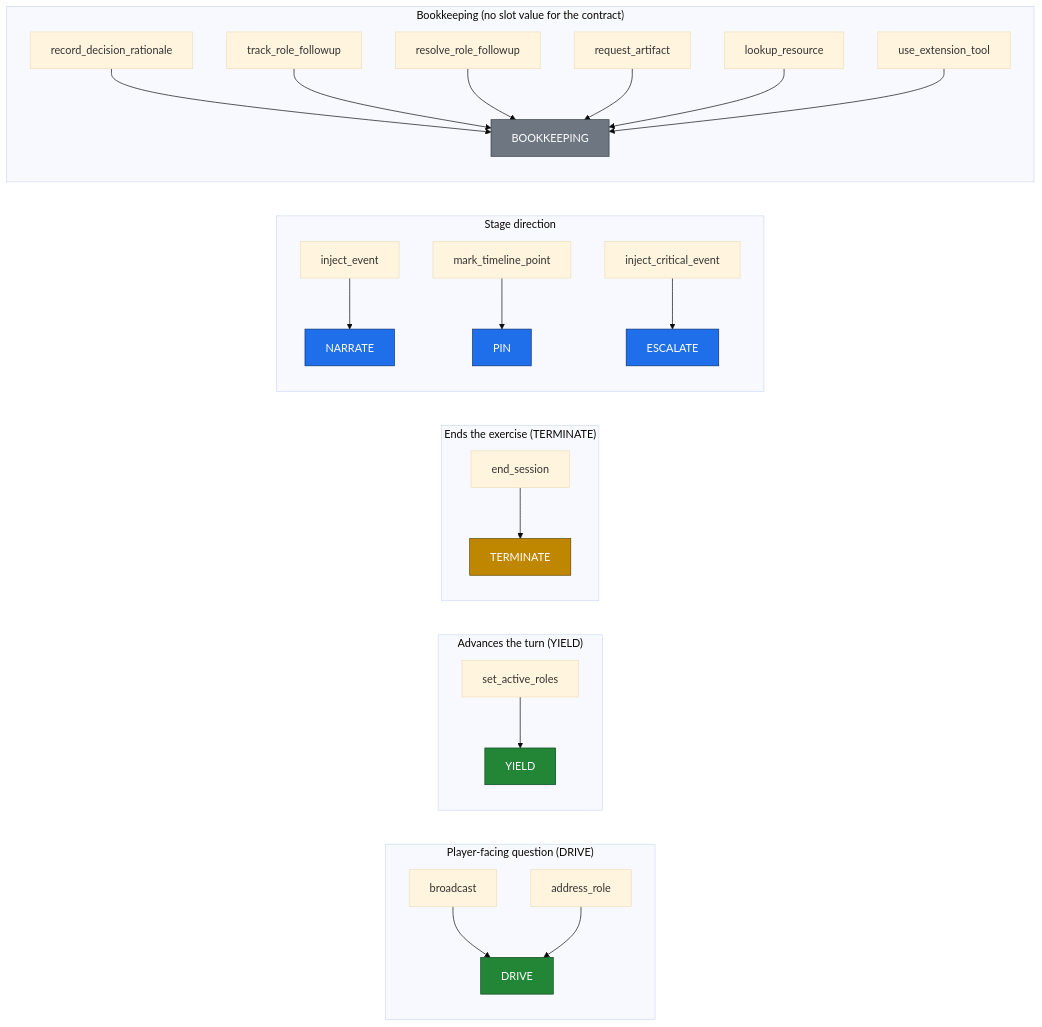
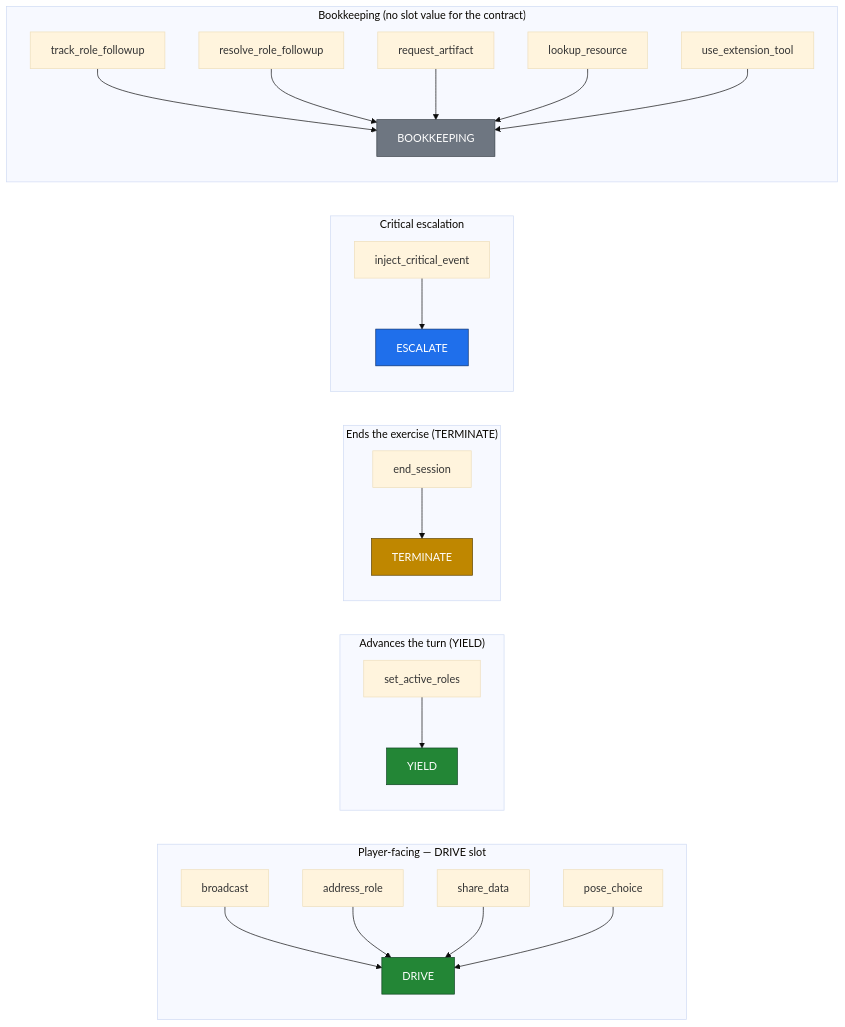
The third of 13 diagrams in docs/turn-lifecycle.md (nebriv/Crittable), drawn with Mermaid (base theme) before and after one commit. The commit also changed other lines of this file and 18 other files, not shown here.

````diff
--- a/docs/turn-lifecycle.md
+++ b/docs/turn-lifecycle.md
@@ -213,36 +213,35 @@
 ```mermaid
 flowchart LR
-    subgraph "Player-facing question (DRIVE)"
+    subgraph "Player-facing — DRIVE slot"
         broadcast --> DRIVE
         address_role --> DRIVE
+        share_data --> DRIVE
+        pose_choice --> DRIVE
     end
     subgraph "Advances the turn (YIELD)"
         set_active_roles --> YIELD
     end
     subgraph "Ends the exercise (TERMINATE)"
         end_session --> TERMINATE
     end
-    subgraph "Stage direction"
-        inject_event --> NARRATE
-        mark_timeline_point --> PIN
+    subgraph "Critical escalation"
         inject_critical_event --> ESCALATE
     end
     subgraph "Bookkeeping (no slot value for the contract)"
-        record_decision_rationale --> BOOKKEEPING
         track_role_followup --> BOOKKEEPING
         resolve_role_followup --> BOOKKEEPING
         request_artifact --> BOOKKEEPING
         lookup_resource --> BOOKKEEPING
         use_extension_tool --> BOOKKEEPING
     end
 
     classDef goodSlot fill:#238636,stroke:#0d4321,color:#fff
     classDef terminateSlot fill:#bf8700,stroke:#5f4400,color:#fff
     classDef narrateSlot fill:#1f6feb,stroke:#0a3070,color:#fff
     classDef bookSlot fill:#6e7681,stroke:#373e47,color:#fff
 
     class DRIVE,YIELD goodSlot
     class TERMINATE terminateSlot
-    class NARRATE,PIN,ESCALATE narrateSlot
+    class ESCALATE narrateSlot
     class BOOKKEEPING bookSlot
 ```
````
